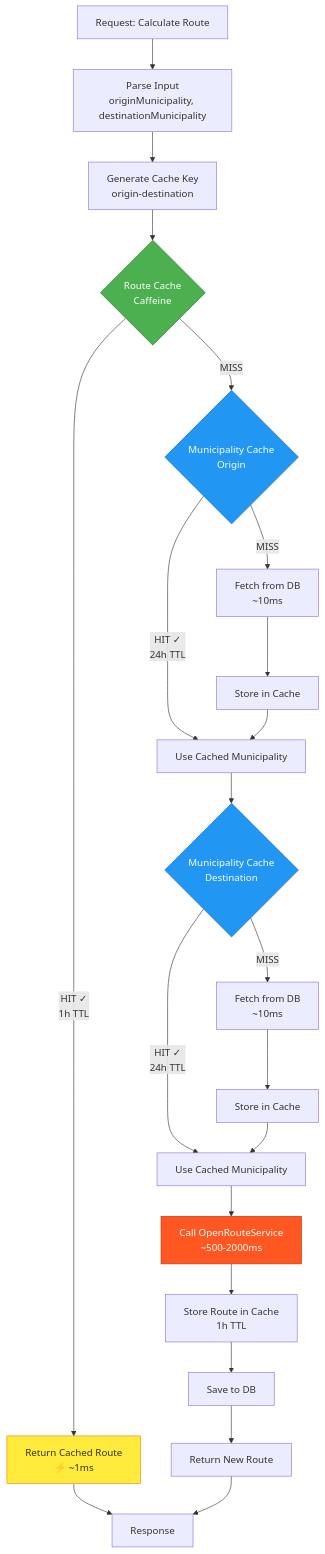
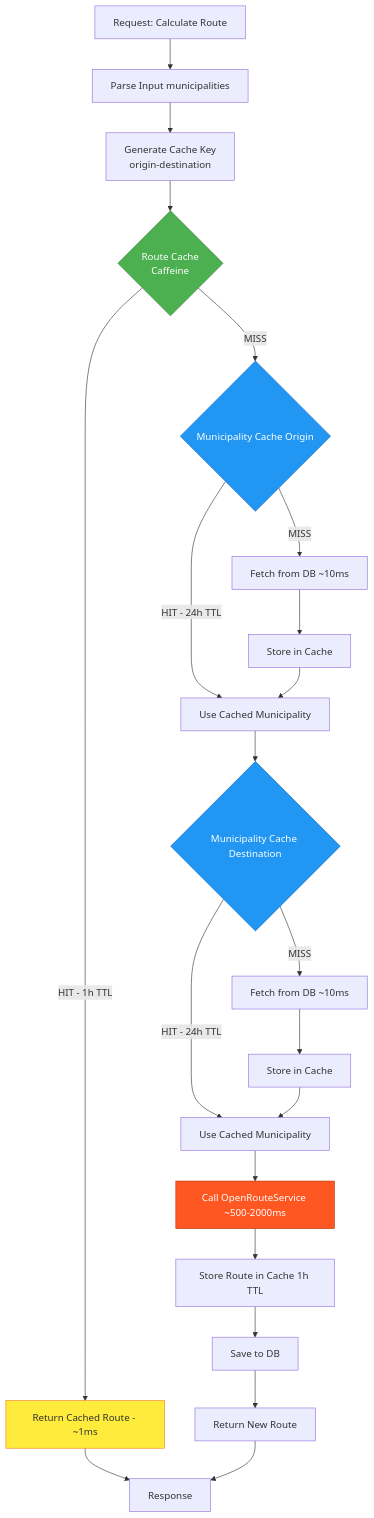
The second of 8 diagrams in catalog-service/ARCHITECTURE.md (BusConnectTeam/busConnect-backend), drawn with Mermaid before and after one commit. The commit also changed other lines of this file, not shown here.

Commit message:
add more diagrams

````diff
--- a/catalog-service/ARCHITECTURE.md
+++ b/catalog-service/ARCHITECTURE.md
@@ -57,39 +57,39 @@
 ```mermaid
 flowchart TB
-    Request[Request: Calculate Route] --> ParseInput[Parse Input<br/>originMunicipality, destinationMunicipality]
+    Request[Request: Calculate Route] --> ParseInput[Parse Input municipalities]
     
     ParseInput --> CacheKey[Generate Cache Key<br/>origin-destination]
     
     CacheKey --> RouteCache{Route Cache<br/>Caffeine}
     
-    RouteCache -->|HIT ✓<br/>1h TTL| ReturnCached[Return Cached Route<br/>⚡ ~1ms]
+    RouteCache -->|HIT - 1h TTL| ReturnCached[Return Cached Route - ~1ms]
     
-    RouteCache -->|MISS| MuniCache1{Municipality Cache<br/>Origin}
+    RouteCache -->|MISS| MuniCache1{Municipality Cache Origin}
     
-    MuniCache1 -->|HIT ✓<br/>24h TTL| UseCached1[Use Cached Municipality]
-    MuniCache1 -->|MISS| FetchDB1[Fetch from DB<br/>~10ms]
+    MuniCache1 -->|HIT - 24h TTL| UseCached1[Use Cached Municipality]
+    MuniCache1 -->|MISS| FetchDB1[Fetch from DB ~10ms]
     FetchDB1 --> StoreCache1[Store in Cache]
     StoreCache1 --> UseCached1
     
-    UseCached1 --> MuniCache2{Municipality Cache<br/>Destination}
+    UseCached1 --> MuniCache2{Municipality Cache Destination}
     
-    MuniCache2 -->|HIT ✓<br/>24h TTL| UseCached2[Use Cached Municipality]
-    MuniCache2 -->|MISS| FetchDB2[Fetch from DB<br/>~10ms]
+    MuniCache2 -->|HIT - 24h TTL| UseCached2[Use Cached Municipality]
+    MuniCache2 -->|MISS| FetchDB2[Fetch from DB ~10ms]
     FetchDB2 --> StoreCache2[Store in Cache]
     StoreCache2 --> UseCached2
     
-    UseCached2 --> CallORS[Call OpenRouteService<br/>~500-2000ms]
+    UseCached2 --> CallORS[Call OpenRouteService ~500-2000ms]
     
-    CallORS --> StoreRoute[Store Route in Cache<br/>1h TTL]
+    CallORS --> StoreRoute[Store Route in Cache 1h TTL]
     StoreRoute --> SaveDB[Save to DB]
     SaveDB --> ReturnNew[Return New Route]
     
     ReturnCached --> End[Response]
     ReturnNew --> End
     
     style RouteCache fill:#4CAF50,stroke:#2E7D32,color:#fff
     style MuniCache1 fill:#2196F3,stroke:#1565C0,color:#fff
     style MuniCache2 fill:#2196F3,stroke:#1565C0,color:#fff
     style ReturnCached fill:#FFEB3B,stroke:#F57F17
     style CallORS fill:#FF5722,stroke:#BF360C,color:#fff
 ```
````
